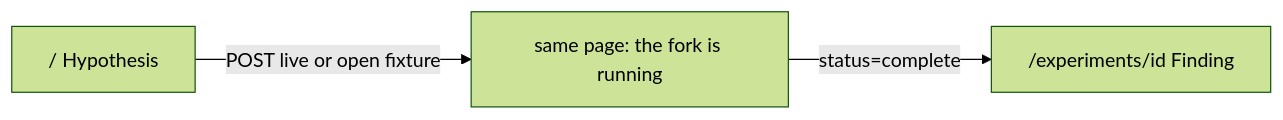
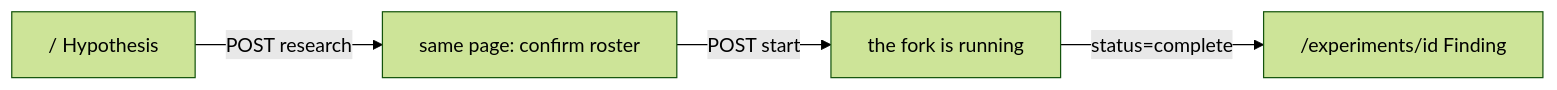
Before and after one commit to manu042k/CursorHackathon: the fifth of 6 diagrams in architecture.md, drawn with Mermaid (forest theme). The commit also changed other lines of this file and 7 other files, not shown here.

Commit message:
Lock the owner flow in docs: research, confirm roster, tunable rounds, and paper figures.

````diff
--- a/architecture.md
+++ b/architecture.md
@@ -555,5 +773,6 @@
 ```mermaid
 flowchart LR
-  Setup["/  Hypothesis"] -->|POST live or open fixture| Progress["same page: the fork is running"]
+  Setup["/  Hypothesis"] -->|POST research| Confirm["same page: confirm roster"]
+  Confirm -->|POST start| Progress["the fork is running"]
   Progress -->|status=complete| Paper["/experiments/id  Finding"]
 ```
````
